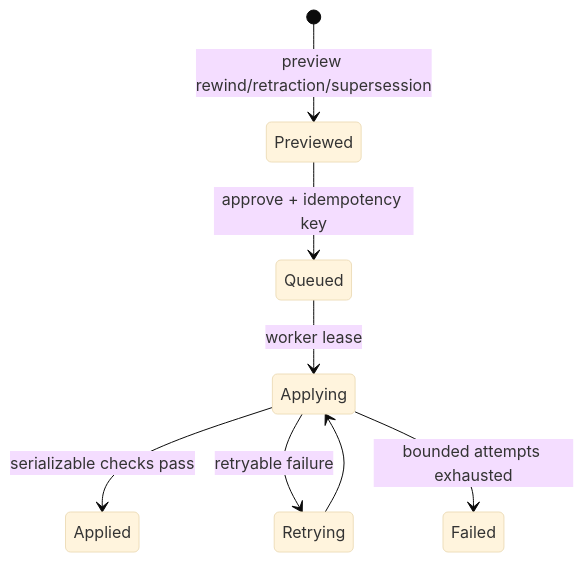
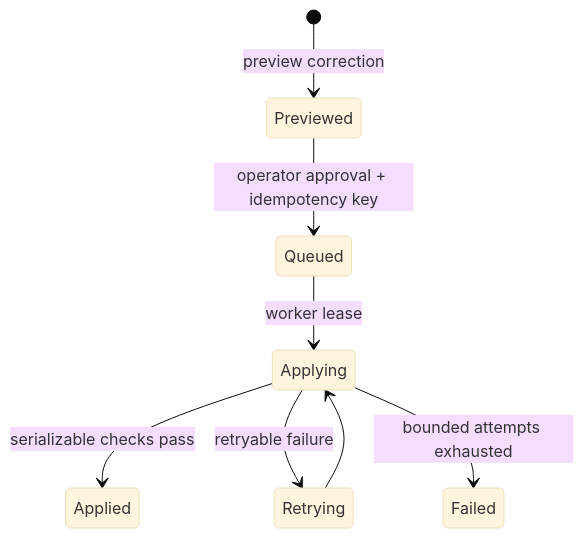
One commit to OCHOLA-EDDYPHIL/hindsight changed the second of 2 diagrams in docs/architecture.md. Above: the diagram before and after it, drawn with Mermaid (base theme). The commit also changed other lines of this file and 4 other files, not shown here.

````diff
--- a/docs/architecture.md
+++ b/docs/architecture.md
@@ -34,10 +45,10 @@
 ```mermaid
 stateDiagram-v2
-    [*] --> Previewed: preview rewind/retraction/supersession
-    Previewed --> Queued: approve + idempotency key
+    [*] --> Previewed: preview correction
+    Previewed --> Queued: operator approval + idempotency key
     Queued --> Applying: worker lease
     Applying --> Applied: serializable checks pass
     Applying --> Retrying: retryable failure
     Retrying --> Applying
     Applying --> Failed: bounded attempts exhausted
 ```
````
